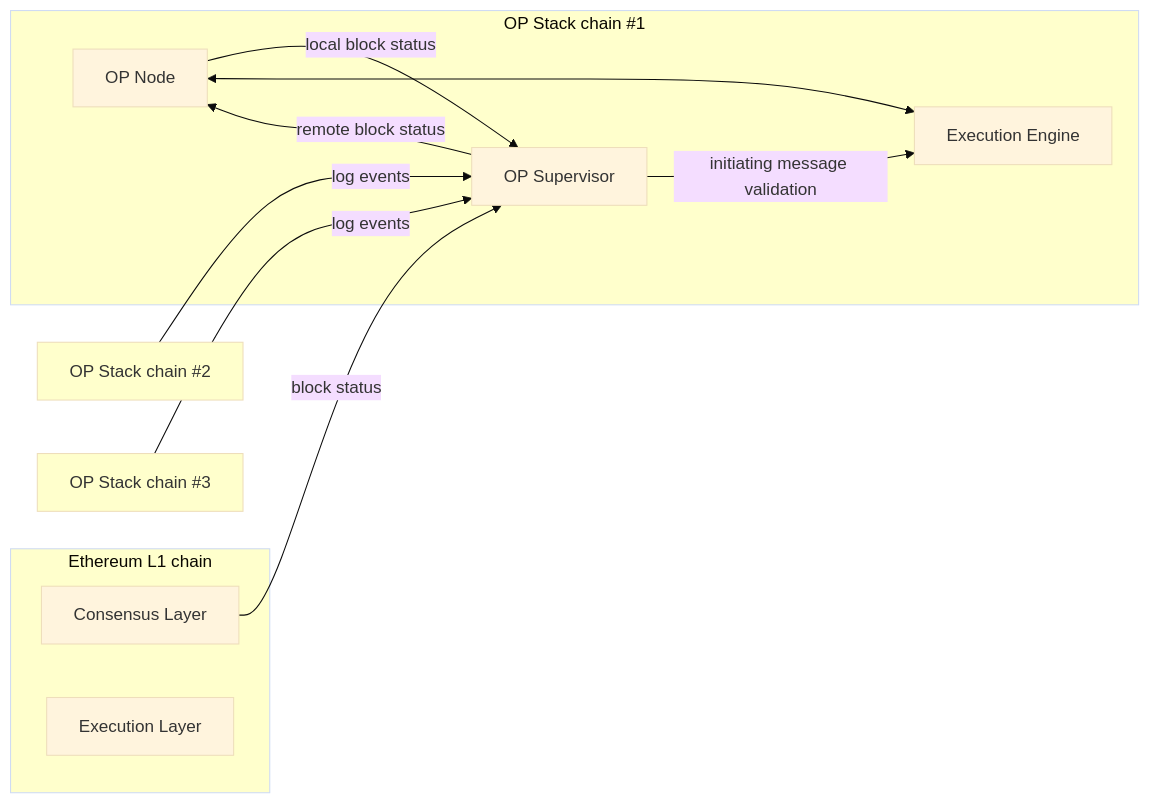
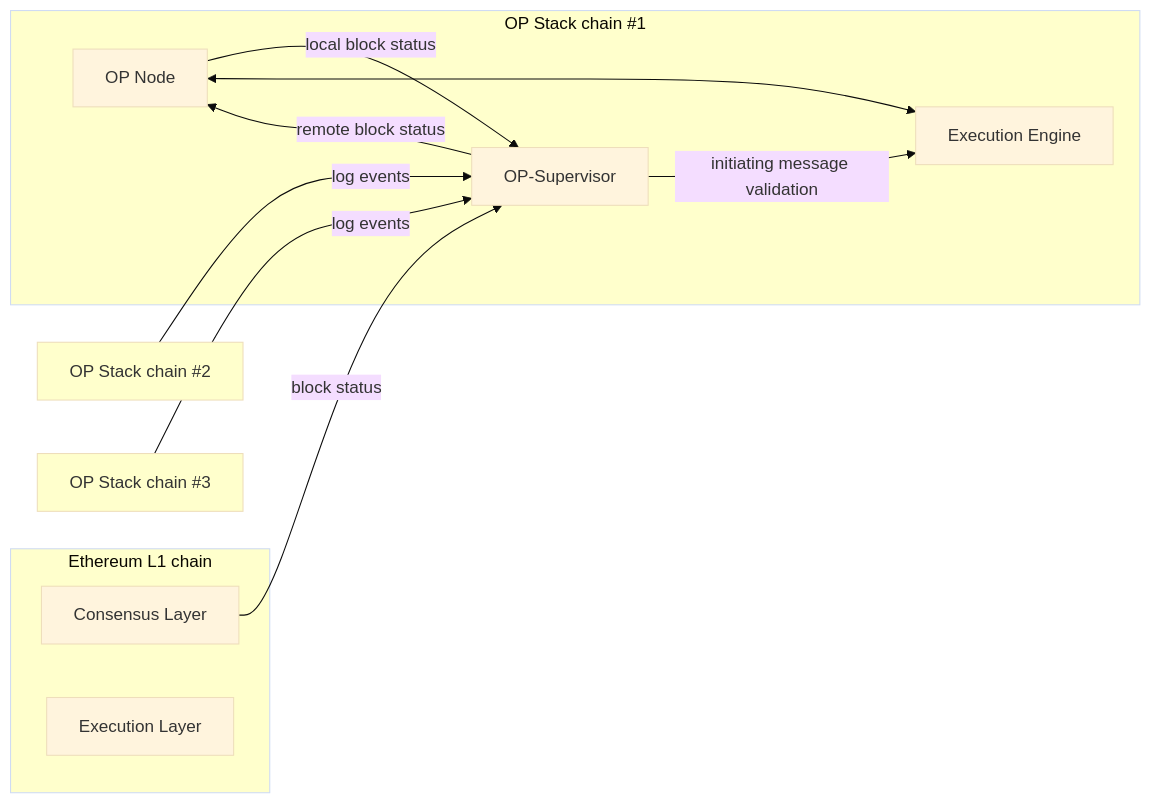
Before and after one commit to ethereum-optimism/docs: the first of 3 diagrams in pages/stack/interop/architecture.mdx, drawn with Mermaid (base theme). The commit also changed other lines of this file and 1 other file, not shown here.

````diff
--- a/pages/stack/interop/architecture.mdx
+++ b/pages/stack/interop/architecture.mdx
@@ -18,28 +19,28 @@
 ```mermaid
 
 graph LR
 
   classDef chain fill:#FFC
   
   subgraph chain1[OP Stack chain #1]
     node1[OP Node]
-    super1[OP Supervisor]
+    super1[OP-Supervisor]
     geth1[Execution Engine]
     super1-->|remote block status|node1
     node1-->|local block status|super1
     super1-->|initiating message validation|geth1    
     node1<-->geth1
   end
   chain2[OP Stack chain #2]
   chain3[OP Stack chain #3]
   subgraph l1[Ethereum L1 chain]
      l1node[Consensus Layer]
      l1geth[Execution Layer]
   end
 
   chain2-->|log events|super1
   chain3-->|log events|super1
   l1node-->|block status|super1
 
   class chain1,chain2,chain3,l1 chain
 ```
````
